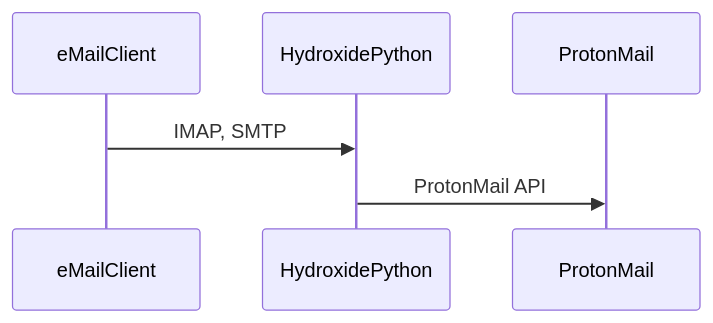
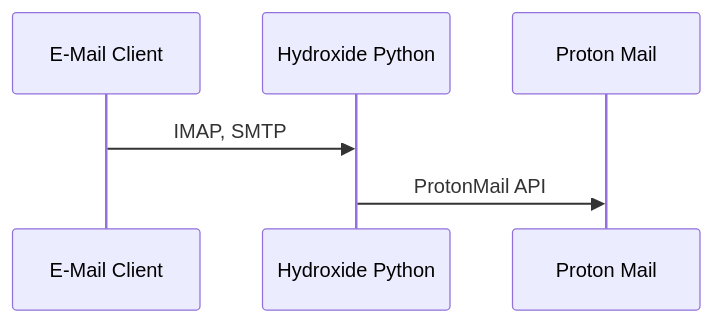
Before and after one commit to sastatic/ProtonPyBridge: the diagram in README.md, drawn with Mermaid.

Commit message:
used alias for better code block

````diff
--- a/README.md
+++ b/README.md
@@ -27,10 +27,10 @@
 ```mermaid
 sequenceDiagram
 
-    participant eMailClient
-    participant HydroxidePython
-    participant ProtonMail
+    participant c as E-Mail Client
+    participant h as Hydroxide Python
+    participant p as Proton Mail
 
-    eMailClient->>HydroxidePython: IMAP, SMTP
-    HydroxidePython->>ProtonMail: ProtonMail API
+    c->>h: IMAP, SMTP
+    h->>p: ProtonMail API
 ```
````
